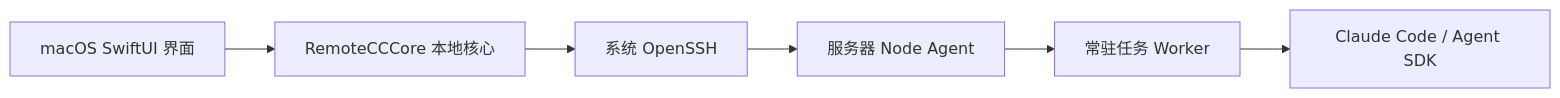
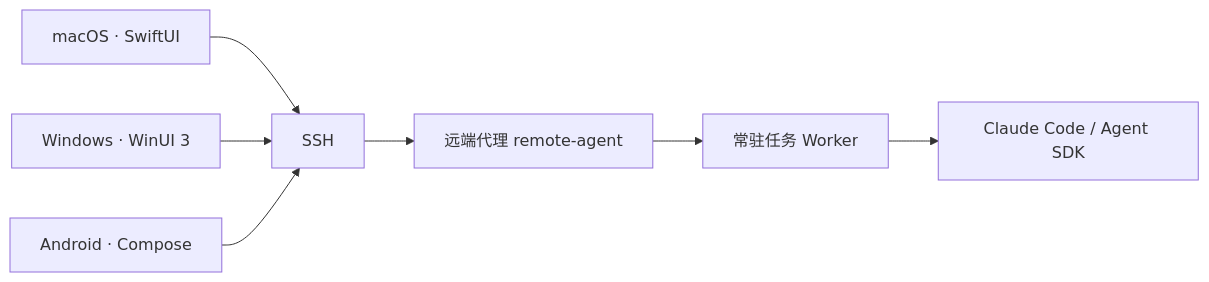
Before and after one commit to xirichuyi/claude-mirror: the diagram in README.md, drawn with Mermaid. The commit also changed other lines of this file and 67 other files, not shown here.

````diff
--- a/README.md
+++ b/README.md
@@ -335,8 +86,9 @@
 ```mermaid
 flowchart LR
-    UI[macOS SwiftUI 界面] --> Core[RemoteCCCore 本地核心]
-    Core --> SSH[系统 OpenSSH]
-    SSH --> Agent[服务器 Node Agent]
+    Mac[macOS · SwiftUI] --> SSH
+    Win[Windows · WinUI 3] --> SSH
+    And[Android · Compose] --> SSH
+    SSH[SSH] --> Agent[远端代理 remote-agent]
     Agent --> Worker[常驻任务 Worker]
     Worker --> Claude[Claude Code / Agent SDK]
 ```
````
